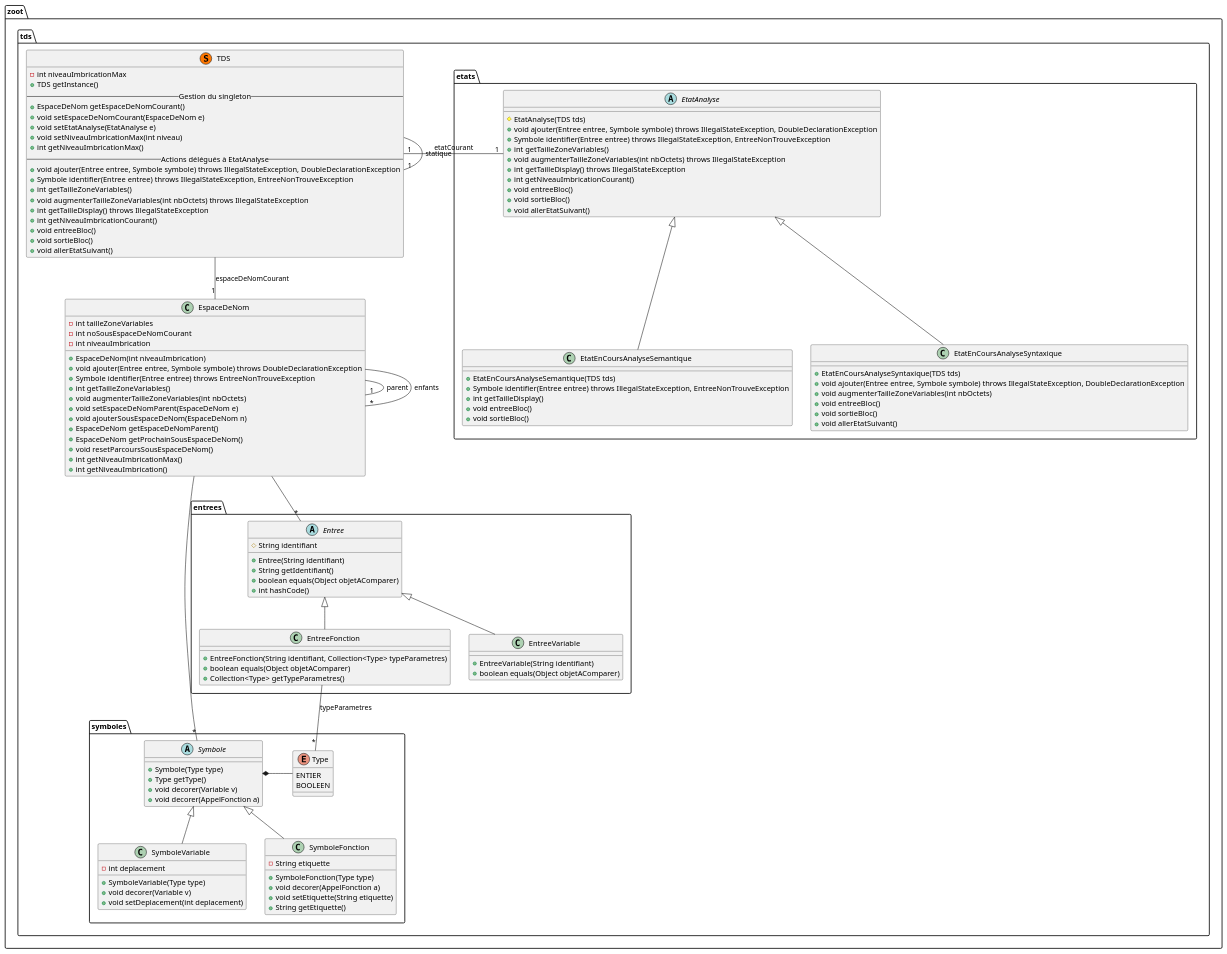
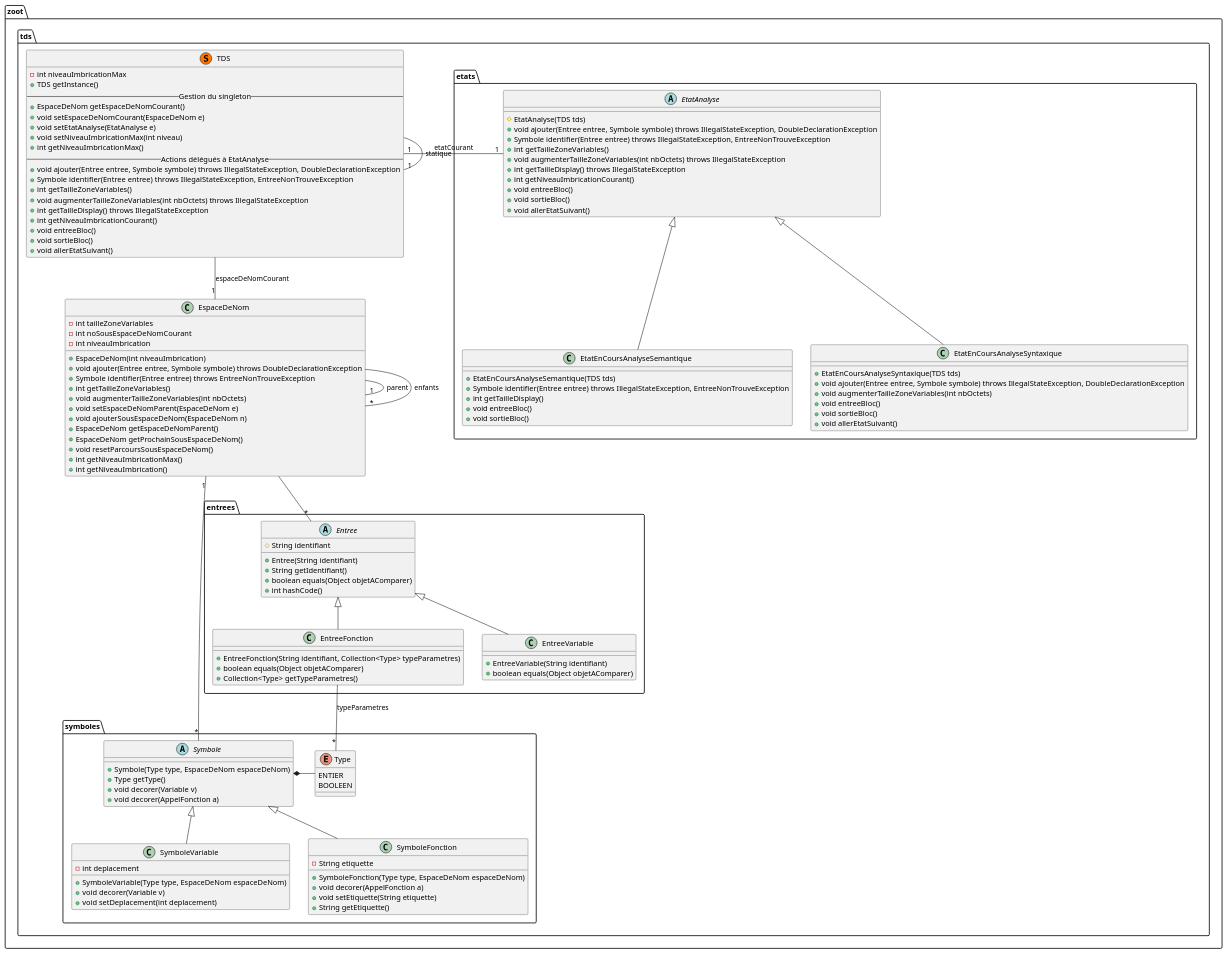
One commit to lmtb06/zoot changed the diagram in diagrammes/classe/tds.puml. Above: the diagram before and after it, drawn with PlantUML.

Commit message:
Mise à jour du diagramme de classes
# Détails :
 - Les symboles sont maintenant liés à leur espace de nom

# Remarques :
 - Les SymboleVariable sont liés à leur espace de nom de déclaration et les SymboleFonction sont liés à l'espace de nom qui represente leur fonction

```diff
--- a/diagrammes/classe/tds.puml
+++ b/diagrammes/classe/tds.puml
@@ -1,147 +1,147 @@
 @startuml "tds"
 
 namespace zoot.tds {
   ' Includes
 
   ' Classes
   class TDS << (S,#FF7700) >> {
     - int niveauImbricationMax
     + TDS getInstance()
     -- Gestion du singleton --
     + EspaceDeNom getEspaceDeNomCourant()
     + void setEspaceDeNomCourant(EspaceDeNom e)
     + void setEtatAnalyse(EtatAnalyse e)
     + void setNiveauImbricationMax(int niveau)
     + int getNiveauImbricationMax()
     -- Actions délégués à EtatAnalyse --
     + void ajouter(Entree entree, Symbole symbole) throws IllegalStateException, DoubleDeclarationException
     + Symbole identifier(Entree entree) throws IllegalStateException, EntreeNonTrouveException
     + int getTailleZoneVariables()
     + void augmenterTailleZoneVariables(int nbOctets) throws IllegalStateException
     + int getTailleDisplay() throws IllegalStateException
     + int getNiveauImbricationCourant()
     + void entreeBloc()
     + void sortieBloc()
     + void allerEtatSuivant()
   }
 
   class EspaceDeNom {
     - int tailleZoneVariables
     - int noSousEspaceDeNomCourant
     - int niveauImbrication
     + EspaceDeNom(int niveauImbrication)
     + void ajouter(Entree entree, Symbole symbole) throws DoubleDeclarationException
     + Symbole identifier(Entree entree) throws EntreeNonTrouveException
     + int getTailleZoneVariables()
     + void augmenterTailleZoneVariables(int nbOctets)
     + void setEspaceDeNomParent(EspaceDeNom e)
     + void ajouterSousEspaceDeNom(EspaceDeNom n)
     + EspaceDeNom getEspaceDeNomParent()
     + EspaceDeNom getProchainSousEspaceDeNom()
     + void resetParcoursSousEspaceDeNom()
     + int getNiveauImbricationMax()
     + int getNiveauImbrication()
   }
 
   namespace etats {
     abstract EtatAnalyse {
       # EtatAnalyse(TDS tds)
       + void ajouter(Entree entree, Symbole symbole) throws IllegalStateException, DoubleDeclarationException
       + Symbole identifier(Entree entree) throws IllegalStateException, EntreeNonTrouveException
       + int getTailleZoneVariables()
       + void augmenterTailleZoneVariables(int nbOctets) throws IllegalStateException
       + int getTailleDisplay() throws IllegalStateException
       + int getNiveauImbricationCourant()
       + void entreeBloc()
       + void sortieBloc()
       + void allerEtatSuivant()
     }
 
     class EtatEnCoursAnalyseSyntaxique {
       + EtatEnCoursAnalyseSyntaxique(TDS tds)
       + void ajouter(Entree entree, Symbole symbole) throws IllegalStateException, DoubleDeclarationException
       + void augmenterTailleZoneVariables(int nbOctets)
       + void entreeBloc()
       + void sortieBloc()
       + void allerEtatSuivant()
     }
 
     class EtatEnCoursAnalyseSemantique {
       + EtatEnCoursAnalyseSemantique(TDS tds)
       + Symbole identifier(Entree entree) throws IllegalStateException, EntreeNonTrouveException
       + int getTailleDisplay()
       + void entreeBloc()
       + void sortieBloc()
     }
   }
 
 
   namespace entrees {
     abstract class Entree {
       # String identifiant
       + Entree(String identifiant)
       + String getIdentifiant()
       + boolean equals(Object objetAComparer)
       + int hashCode()
     }
 
     class EntreeVariable {
       + EntreeVariable(String identifiant)
       + boolean equals(Object objetAComparer)
     }
 
     class EntreeFonction {
       + EntreeFonction(String identifiant, Collection<Type> typeParametres)
       + boolean equals(Object objetAComparer)
       + Collection<Type> getTypeParametres()
     }
   }
 
   namespace symboles {
     abstract class Symbole {
-      + Symbole(Type type)
+      + Symbole(Type type, EspaceDeNom espaceDeNom)
       + Type getType()
       + void decorer(Variable v)
       + void decorer(AppelFonction a)
     }
 
     class SymboleVariable {
       - int deplacement
-      + SymboleVariable(Type type)
+      + SymboleVariable(Type type, EspaceDeNom espaceDeNom)
       + void decorer(Variable v)
       + void setDeplacement(int deplacement)
     }
 
     class SymboleFonction {
       - String etiquette
-      + SymboleFonction(Type type)
+      + SymboleFonction(Type type, EspaceDeNom espaceDeNom)
       + void decorer(AppelFonction a)
       + void setEtiquette(String etiquette)
       + String getEtiquette()
     }
 
     enum Type {
       ENTIER
       BOOLEEN
     }
   }
 
   ' Relations entre les classes
   TDS --"1" TDS : statique
   TDS --"1" EspaceDeNom : espaceDeNomCourant
   TDS "1"-left-"1" EtatAnalyse : etatCourant
   EspaceDeNom --"*" Entree
-  EspaceDeNom --"*" Symbole
+  EspaceDeNom "1"--"*" Symbole
   Symbole *-left- Type
   SymboleVariable -up-|> Symbole
   EntreeVariable -up-|> Entree
   SymboleFonction -up-|> Symbole
   EntreeFonction -up-|> Entree
   EntreeFonction --"*" Type : typeParametres
   EtatEnCoursAnalyseSemantique -up-|> EtatAnalyse
   EtatEnCoursAnalyseSyntaxique -up-|> EtatAnalyse
   EspaceDeNom --"1" EspaceDeNom : parent
   EspaceDeNom --"*" EspaceDeNom : enfants
 }
 
 @enduml
```
